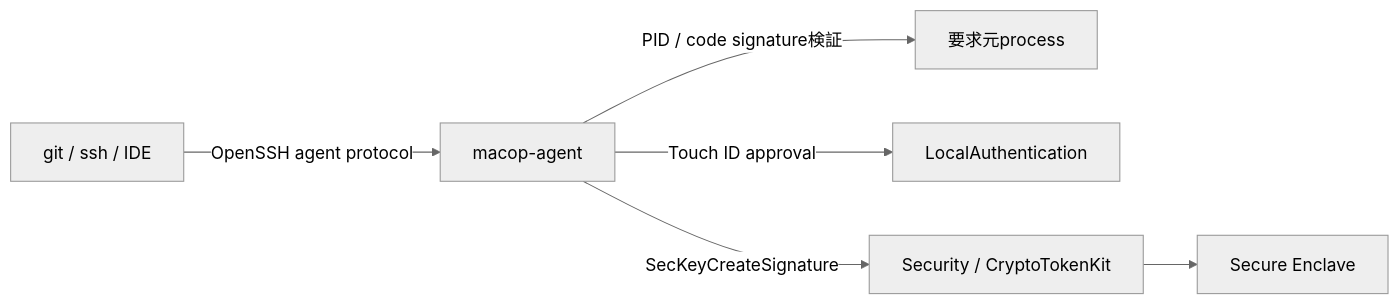
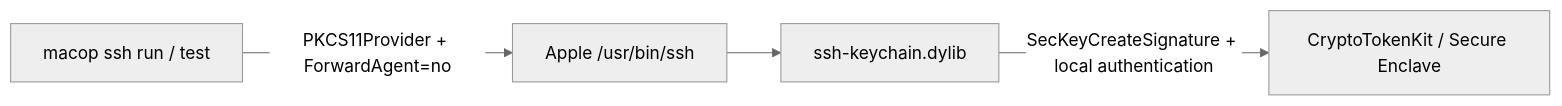
Before and after one commit to slashkiko/macop: the first of 2 diagrams in docs/macop-design.md, drawn with Mermaid (neutral theme). The commit also changed other lines of this file and 1 other file, not shown here.

Commit message:
docs: record SSH agent feasibility result

````diff
--- a/docs/macop-design.md
+++ b/docs/macop-design.md
@@ -294,8 +296,6 @@
 ```mermaid
 flowchart LR
-    A["git / ssh / IDE"] -->|OpenSSH agent protocol| B["macop-agent"]
-    B -->|PID / code signature検証| C["要求元process"]
-    B -->|Touch ID approval| D["LocalAuthentication"]
-    B -->|SecKeyCreateSignature| E["Security / CryptoTokenKit"]
-    E --> F["Secure Enclave"]
+    A["macop ssh run / test"] -->|"PKCS11Provider + ForwardAgent=no"| B["Apple /usr/bin/ssh"]
+    B --> C["ssh-keychain.dylib"]
+    C -->|"SecKeyCreateSignature + local authentication"| D["CryptoTokenKit / Secure Enclave"]
 ```
````
